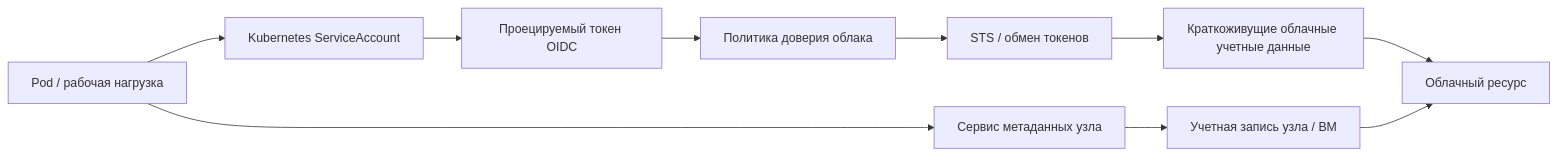
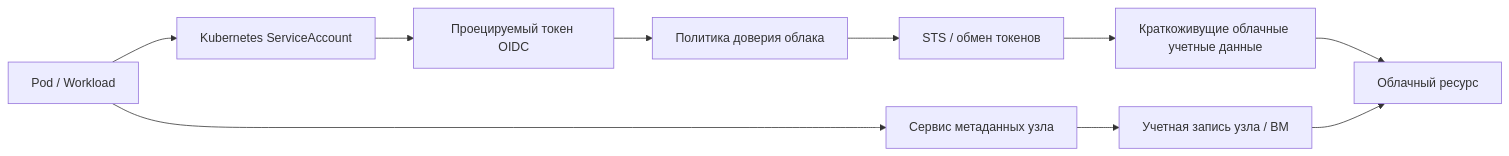
Before and after one commit to defrixx/defrixx.github.io: diagram 11 of 17 in reference/infrastructure-technologies/infrastructure-technologies.ru.md, drawn with Mermaid. The commit also changed other lines of this file and 201 other files, not shown here.

````diff
--- a/reference/infrastructure-technologies/infrastructure-technologies.ru.md
+++ b/reference/infrastructure-technologies/infrastructure-technologies.ru.md
@@ -816,13 +818,13 @@
 ```mermaid
 flowchart LR
-  Pod["Pod / рабочая нагрузка"] --> KSA["Kubernetes ServiceAccount"]
+  Pod["Pod / Workload"] --> KSA["Kubernetes ServiceAccount"]
   KSA --> Token["Проецируемый токен OIDC"]
   Token --> Trust["Политика доверия облака"]
   Trust --> STS["STS / обмен токенов"]
   STS --> Creds["Краткоживущие облачные учетные данные"]
   Creds --> Resource["Облачный ресурс"]
 
   Pod --> Metadata["Сервис метаданных узла"]
   Metadata --> NodeRole["Учетная запись узла / ВМ"]
   NodeRole --> Resource
 ```
````
